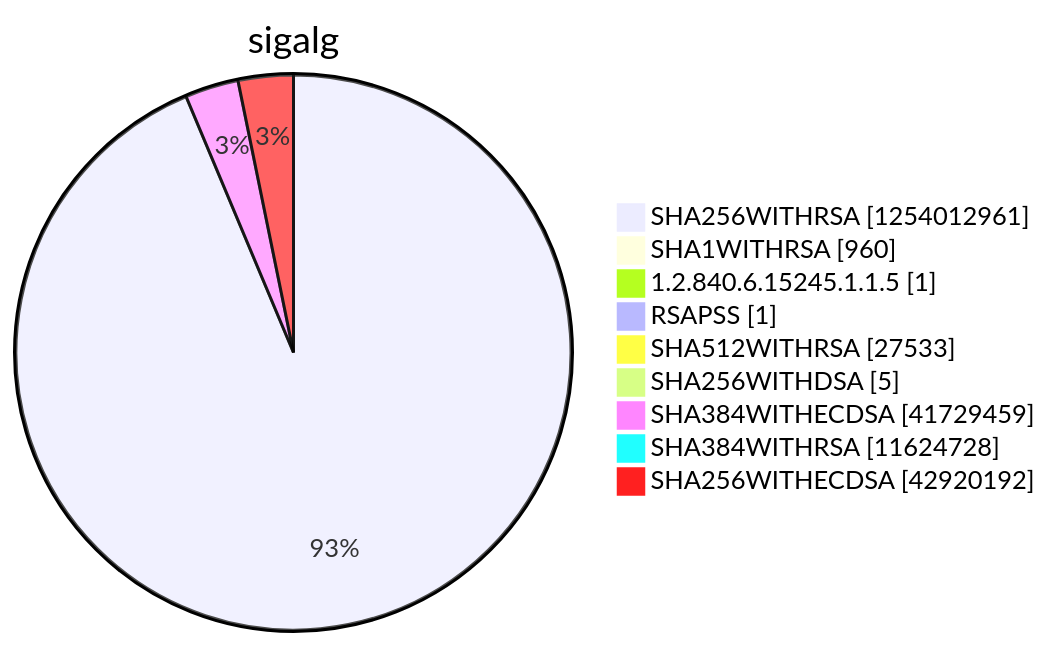
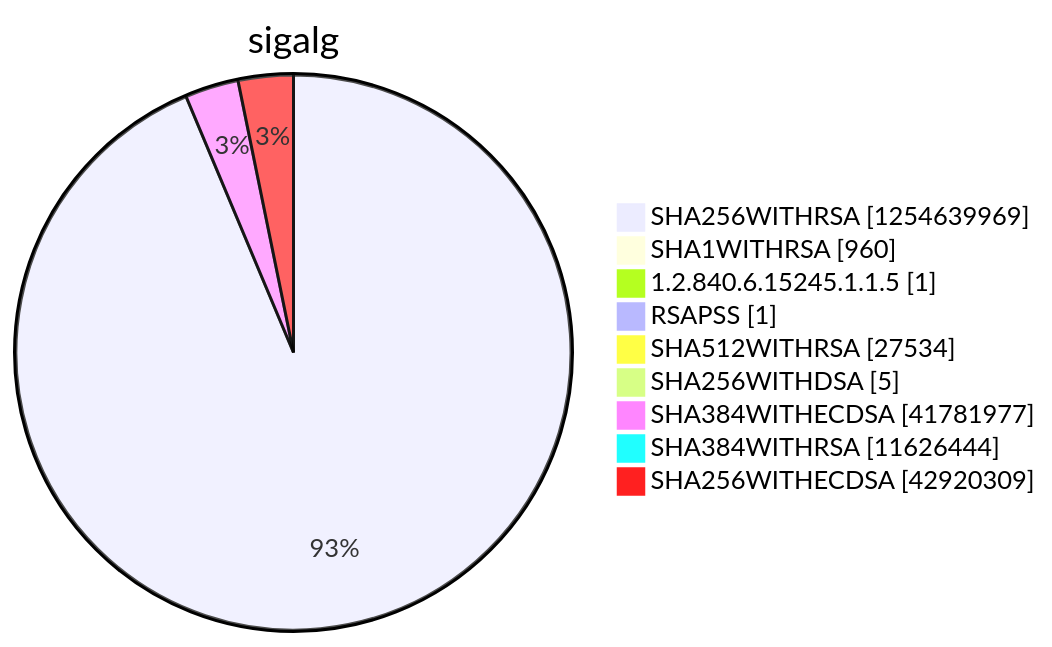
Before and after one commit to christiankrug/ctmonitor_visualization: diagram 15 of 15 in argon2022/README.md, drawn with Mermaid. The commit also changed other lines of this file, not shown here.

````diff
--- a/argon2022/README.md
+++ b/argon2022/README.md
@@ -5522,13 +5522,13 @@
 ```mermaid
 pie showData
 title sigalg
-"SHA256WITHRSA" :1254012961
+"SHA256WITHRSA" :1254639969
 "SHA1WITHRSA" :960
 "1.2.840.6.15245.1.1.5" :1
 "RSAPSS" :1
-"SHA512WITHRSA" :27533
+"SHA512WITHRSA" :27534
 "SHA256WITHDSA" :5
-"SHA384WITHECDSA" :41729459
-"SHA384WITHRSA" :11624728
-"SHA256WITHECDSA" :42920192
+"SHA384WITHECDSA" :41781977
+"SHA384WITHRSA" :11626444
+"SHA256WITHECDSA" :42920309
 ```
````
